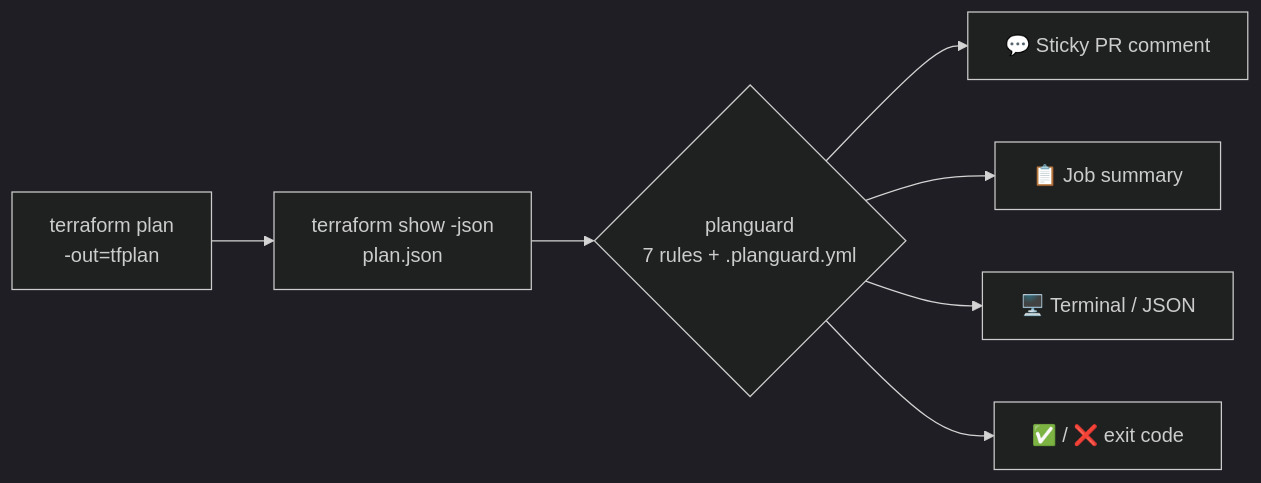
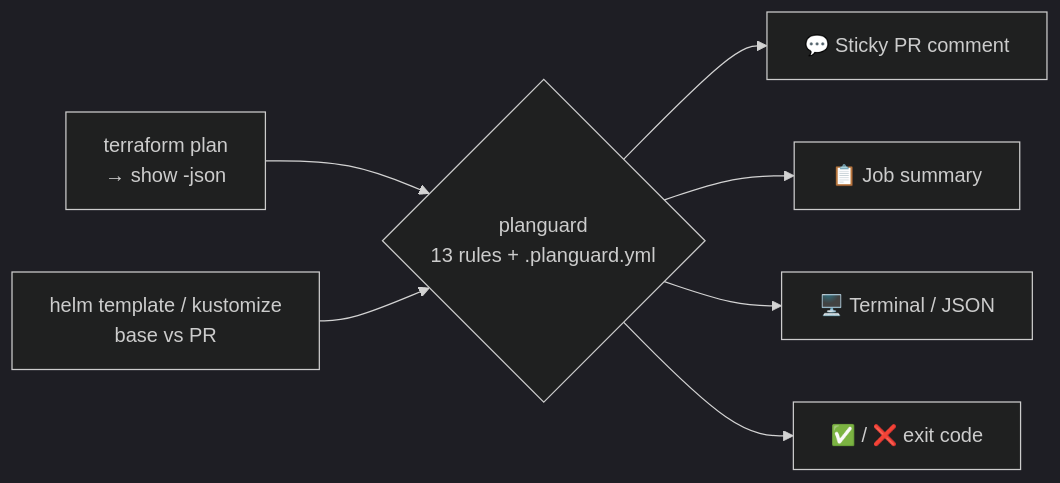
Before and after one commit to ArthuR1CP/planguard: the diagram in README.md, drawn with Mermaid (dark theme). The commit also changed other lines of this file and 36 other files, not shown here.

````diff
--- a/README.md
+++ b/README.md
@@ -89,9 +123,9 @@
 ```mermaid
 flowchart LR
-    A["terraform plan<br/>-out=tfplan"] --> B["terraform show -json<br/>plan.json"]
-    B --> C{"planguard<br/>7 rules + .planguard.yml"}
+    A["terraform plan<br/>→ show -json"] --> C{"planguard<br/>13 rules + .planguard.yml"}
+    B["helm template / kustomize<br/>base vs PR"] --> C
     C --> D["💬 Sticky PR comment"]
     C --> E["📋 Job summary"]
     C --> F["🖥️ Terminal / JSON"]
     C --> G["✅ / ❌ exit code"]
 ```
````
